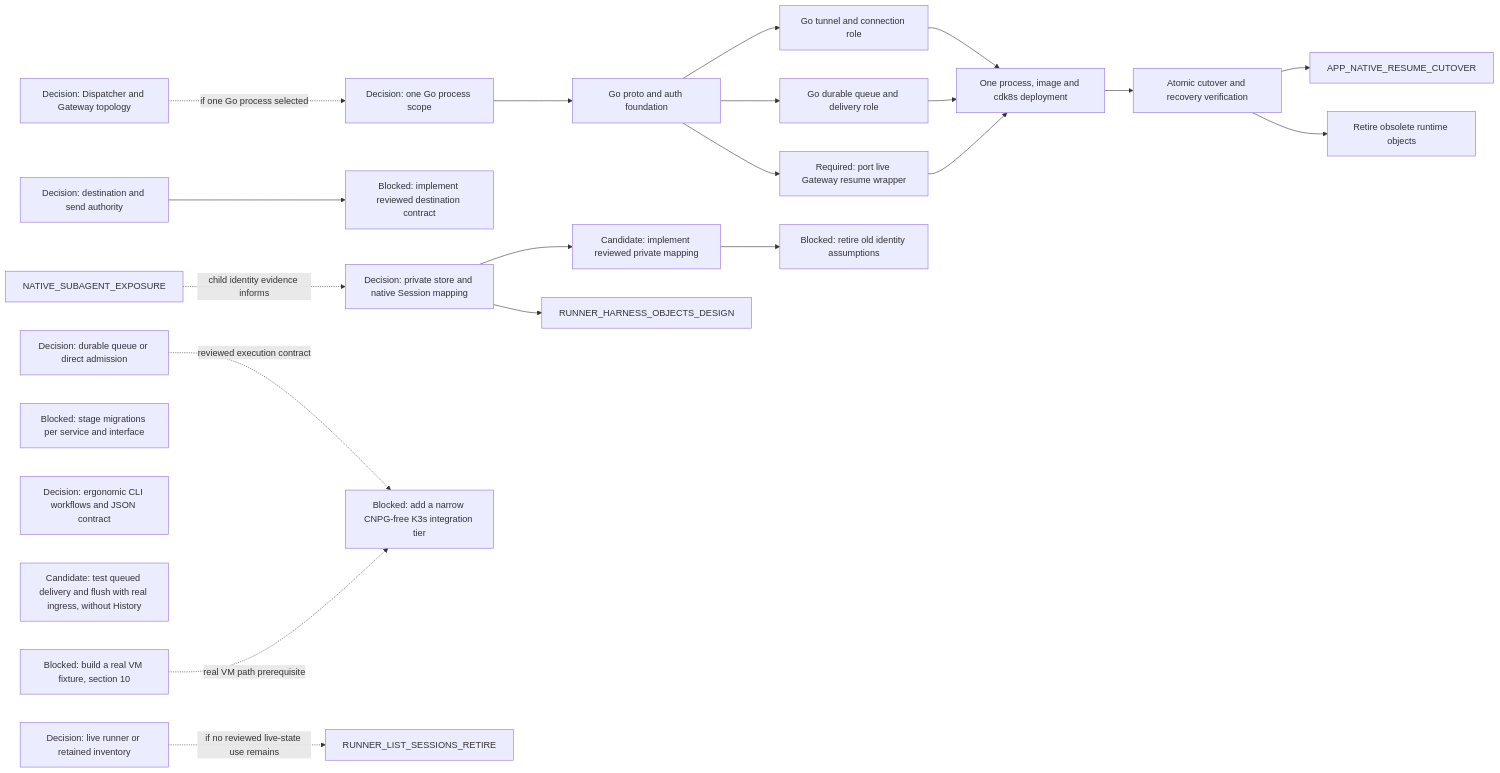
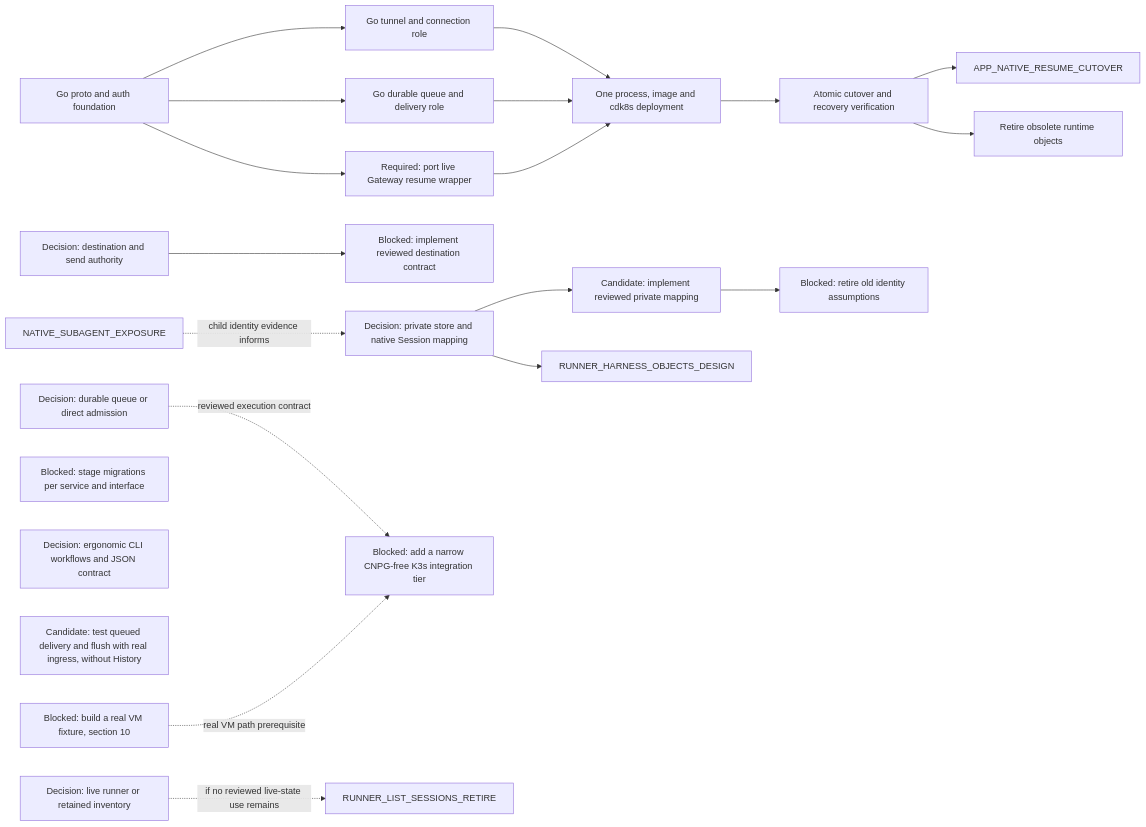
Diagram 17 of 17 in agentplane/plans/task_dag.md (agentydragon/ducktape), drawn with Mermaid before and after one commit. The commit also changed other lines of this file and 1 other file, not shown here.

Commit message:
Record approved full Go delivery unification scope

````diff
--- a/agentplane/plans/task_dag.md
+++ b/agentplane/plans/task_dag.md
@@ -1525,43 +1525,39 @@
 ```mermaid
 flowchart LR
     DISPATCHER_PERSISTENCE_MODEL_DESIGN[Decision: durable queue or direct admission]
-    DISPATCHER_GATEWAY_TOPOLOGY_DESIGN[Decision: Dispatcher and Gateway topology]
-    DELIVERY_UNIFICATION_SCOPE_DECISION[Decision: one Go process scope]
     DELIVERY_GO_PROTOCOL_AUTH[Go proto and auth foundation]
     DELIVERY_GO_GATEWAY[Go tunnel and connection role]
     DELIVERY_GO_DISPATCHER[Go durable queue and delivery role]
     DELIVERY_GO_LEGACY_WRAPPER[Required: port live Gateway resume wrapper]
     DELIVERY_GO_INTEGRATION[One process, image and cdk8s deployment]
     DELIVERY_UNIFIED_CUTOVER[Atomic cutover and recovery verification]
     DELIVERY_OLD_RUNTIME_RETIRE[Retire obsolete runtime objects]
     RUNNER_INVENTORY_AUTHORITY_DESIGN[Decision: live runner or retained inventory]
     DELIVERY_DESTINATION_AUTHORITY_DESIGN[Decision: destination and send authority]
     DELIVERY_DESTINATION_CONTRACT[Blocked: implement reviewed destination contract]
     HARNESS_IDENTITY_DESIGN[Decision: private store and native Session mapping]
     RUNNER_STORE_SESSION_IDENTITY[Candidate: implement reviewed private mapping]
     RUNNER_IDENTITY_LEGACY_CLEANUP[Blocked: retire old identity assumptions]
     SERVICE_API_TRANSPORT_MIGRATIONS[Blocked: stage migrations per service and interface]
     AGENT_API_TOOLING_DESIGN[Decision: ergonomic CLI workflows and JSON contract]
     RUNNER_DELIVERY_INGRESS_ACCEPTANCE[Candidate: test queued delivery and flush with real ingress, without History]
     CNPG_FREE_K3S_INTEGRATION_TIER[Blocked: add a narrow CNPG-free K3s integration tier]
     K3S_VM_IMAGE[Blocked: build a real VM fixture, section 10]
-    DISPATCHER_GATEWAY_TOPOLOGY_DESIGN -. if one Go process selected .-> DELIVERY_UNIFICATION_SCOPE_DECISION
-    DELIVERY_UNIFICATION_SCOPE_DECISION --> DELIVERY_GO_PROTOCOL_AUTH
     DELIVERY_GO_PROTOCOL_AUTH --> DELIVERY_GO_GATEWAY
     DELIVERY_GO_PROTOCOL_AUTH --> DELIVERY_GO_DISPATCHER
     DELIVERY_GO_PROTOCOL_AUTH --> DELIVERY_GO_LEGACY_WRAPPER
     DELIVERY_GO_GATEWAY --> DELIVERY_GO_INTEGRATION
     DELIVERY_GO_DISPATCHER --> DELIVERY_GO_INTEGRATION
     DELIVERY_GO_LEGACY_WRAPPER --> DELIVERY_GO_INTEGRATION
     DELIVERY_GO_INTEGRATION --> DELIVERY_UNIFIED_CUTOVER
     DELIVERY_UNIFIED_CUTOVER --> APP_NATIVE_RESUME_CUTOVER
     DELIVERY_UNIFIED_CUTOVER --> DELIVERY_OLD_RUNTIME_RETIRE
     RUNNER_INVENTORY_AUTHORITY_DESIGN -. if no reviewed live-state use remains .-> RUNNER_LIST_SESSIONS_RETIRE
     DELIVERY_DESTINATION_AUTHORITY_DESIGN --> DELIVERY_DESTINATION_CONTRACT
     RUNNER_STORE_SESSION_IDENTITY --> RUNNER_IDENTITY_LEGACY_CLEANUP
     NATIVE_SUBAGENT_EXPOSURE -. child identity evidence informs .-> HARNESS_IDENTITY_DESIGN
     HARNESS_IDENTITY_DESIGN --> RUNNER_STORE_SESSION_IDENTITY
     HARNESS_IDENTITY_DESIGN --> RUNNER_HARNESS_OBJECTS_DESIGN
     DISPATCHER_PERSISTENCE_MODEL_DESIGN -. reviewed execution contract .-> CNPG_FREE_K3S_INTEGRATION_TIER
     K3S_VM_IMAGE -. real VM path prerequisite .-> CNPG_FREE_K3S_INTEGRATION_TIER
 ```
````
